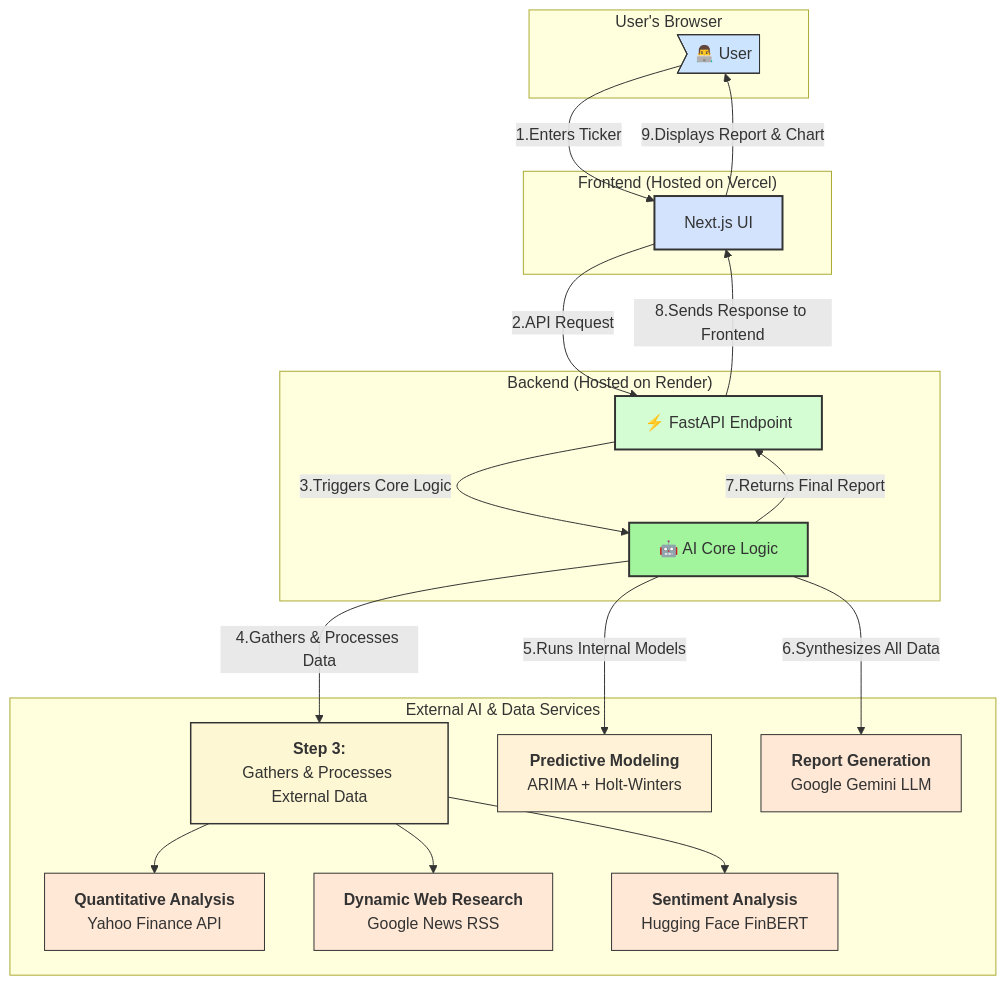
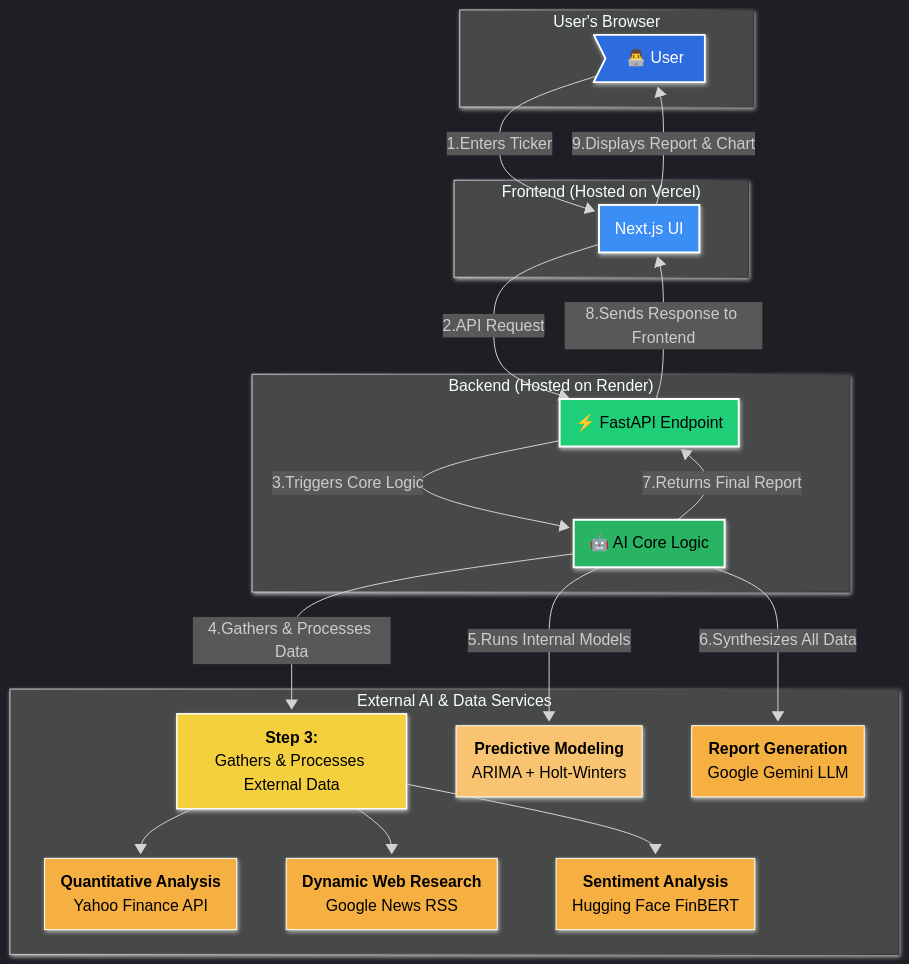
Before and after one commit to Amitesh-AJ10/InsightInvest: the diagram in README.md, drawn with Mermaid.

Commit message:
Added README.md v2

````diff
--- a/README.md
+++ b/README.md
@@ -43,54 +43,56 @@
 ```mermaid
+---
+config:
+  theme: dark
+  look: neo
+---
 graph TD
     subgraph "User's Browser"
         User>👨‍💻 User]
     end
 
     subgraph "Frontend (Hosted on Vercel)"
         Frontend[Next.js UI]
     end
 
     subgraph "Backend (Hosted on Render)"
         API[⚡ FastAPI Endpoint]
         Engine[🤖 AI Core Logic]
     end
 
     subgraph "External AI & Data Services"
         Aggregation[<b>Step 3:</b><br>Gathers &amp; Processes External Data]
         Feature1[<b>Quantitative Analysis</b><br>Yahoo Finance API]
         Feature2[<b>Dynamic Web Research</b><br>Google News RSS]
         Feature3[<b>Sentiment Analysis</b><br>Hugging Face FinBERT]
         Feature4[<b>Predictive Modeling</b><br>ARIMA + Holt-Winters]
         Feature5[<b>Report Generation</b><br>Google Gemini LLM]
     end
 
     %% --- Data Flow ---
     User -- "1.Enters Ticker" --> Frontend
     Frontend -- "2.API Request" --> API
     API -- "3.Triggers Core Logic" --> Engine
-
     Engine -- "4.Gathers &amp; Processes Data" --> Aggregation
     Aggregation --> Feature1
     Aggregation --> Feature2
     Aggregation --> Feature3
-
     Engine -- "5.Runs Internal Models" --> Feature4
     Engine -- "6.Synthesizes All Data" --> Feature5
-
     Engine -- "7.Returns Final Report" --> API
     API -- "8.Sends Response to Frontend" --> Frontend
     Frontend -- "9.Displays Report &amp; Chart" --> User
 
-    %% --- Styling ---
-    style User fill:#cde4ff,stroke:#333
-    style Frontend fill:#d3e3fd,stroke:#333,stroke-width:2px
-    style API fill:#d5fdd3,stroke:#333,stroke-width:2px
-    style Engine fill:#a2f59d,stroke:#333,stroke-width:2px
-    style Aggregation fill:#fdf7d3,stroke:#333,stroke-width:1.5px
-    style Feature1 fill:#ffe8d6,stroke:#333
-    style Feature2 fill:#ffe8d6,stroke:#333
-    style Feature3 fill:#ffe8d6,stroke:#333
-    style Feature4 fill:#fff2d6,stroke:#333
-    style Feature5 fill:#ffe8d6,stroke:#333
+    %% --- Styling (Dark Mode Friendly) ---
+    style User fill:#2d6cdf,stroke:#ffffff,stroke-width:1.5px,color:#ffffff
+    style Frontend fill:#3a8ef6,stroke:#ffffff,stroke-width:2px,color:#ffffff
+    style API fill:#1ecf77,stroke:#ffffff,stroke-width:2px,color:#000000
+    style Engine fill:#28b463,stroke:#ffffff,stroke-width:2px,color:#000000
+    style Aggregation fill:#f4d03f,stroke:#ffffff,stroke-width:1.5px,color:#000000
+    style Feature1 fill:#f5b041,stroke:#ffffff,color:#000000
+    style Feature2 fill:#f5b041,stroke:#ffffff,color:#000000
+    style Feature3 fill:#f5b041,stroke:#ffffff,color:#000000
+    style Feature4 fill:#f8c471,stroke:#ffffff,color:#000000
+    style Feature5 fill:#f5b041,stroke:#ffffff,color:#000000
 
 ```
````
